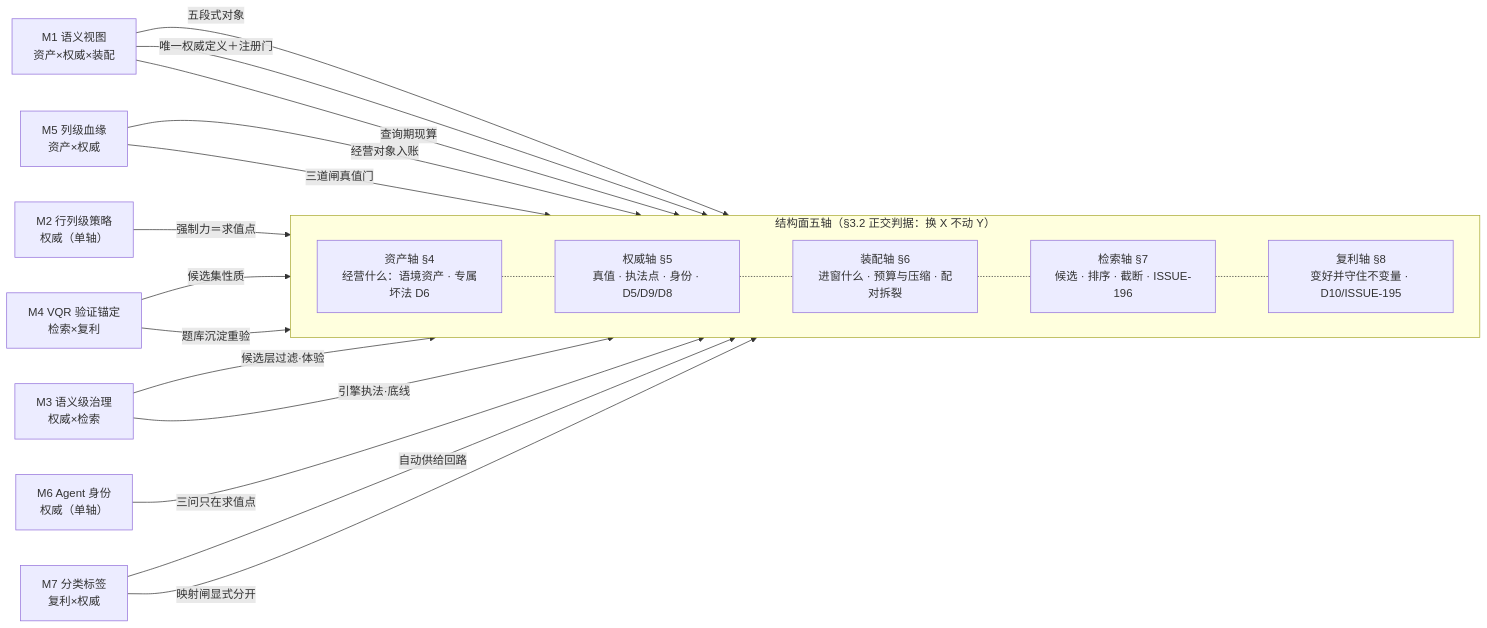
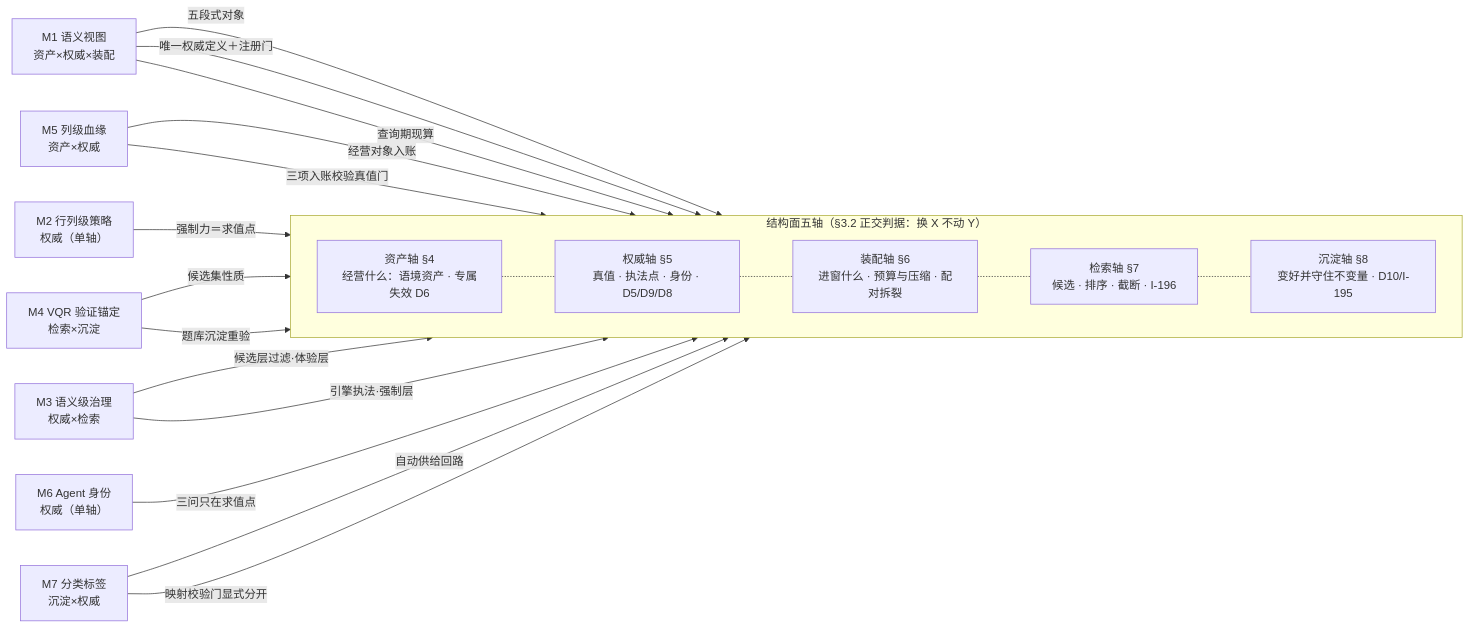
One commit to ThreeFish-AI/negentropy changed the diagram in docs/assets/mermaid/cognitive-context/context-layer-blueprint--layer-mechanism-map.mmd. Above: the diagram before and after it, drawn with Mermaid. The commit also changed 476 other files, not shown here.

First line of the commit message:
docs+feat: 013 蓝图去比喻整改 + Context Layer 第 2 集零类比重制（edge 草渲 26:57） (#1195)

```diff
--- a/docs/assets/mermaid/cognitive-context/context-layer-blueprint--layer-mechanism-map.mmd
+++ b/docs/assets/mermaid/cognitive-context/context-layer-blueprint--layer-mechanism-map.mmd
@@ -1,37 +1,37 @@
-%%source: docs/research/cognitive-context/013-context-layer-blueprint.md §3.3 机制＝接缝组合（M1–M7 轴向量矩阵：五轴为列、机制挂接缝）
+%%source: docs/research/cognitive-context/013-context-layer-blueprint.md §3.3 机制＝多轴组合（M1–M7 轴向量矩阵：五轴为列、机制跨轴组合）
 %%slug: cognitive-context/context-layer-blueprint--layer-mechanism-map
 %%type: architecture
-%%derived: archify architecture v2, authored fresh（v1 五层×机制-实例对退役；新构型＝结构面五轴主链＋M1–M7 按轴向量挂接缝，M2/M6 单轴全落权威，无全轴机制、无落不进轴的机制）
+%%derived: archify architecture v2, authored fresh（v1 五层×机制-实例对退役；新构型＝结构面五轴主链＋M1–M7 按轴向量跨轴组合，M2/M6 单轴全落权威，无全轴机制、无落不进轴的机制）
 flowchart LR
     subgraph SPINE["结构面五轴（§3.2 正交判据：换 X 不动 Y）"]
         direction LR
-        A1["资产轴 §4<br/>经营什么：语境资产 · 专属坏法 D6"]
+        A1["资产轴 §4<br/>经营什么：语境资产 · 专属失效 D6"]
         A2["权威轴 §5<br/>真值 · 执法点 · 身份 · D5/D9/D8"]
         A3["装配轴 §6<br/>进窗什么 · 预算与压缩 · 配对拆裂"]
-        A4["检索轴 §7<br/>候选 · 排序 · 截断 · ISSUE-196"]
-        A5["复利轴 §8<br/>变好并守住不变量 · D10/ISSUE-195"]
+        A4["检索轴 §7<br/>候选 · 排序 · 截断 · I-196"]
+        A5["沉淀轴 §8<br/>变好并守住不变量 · D10/I-195"]
     end
     M1["M1 语义视图<br/>资产×权威×装配"]
     M5["M5 列级血缘<br/>资产×权威"]
     M2["M2 行列级策略<br/>权威（单轴）"]
-    M4["M4 VQR 验证锚定<br/>检索×复利"]
+    M4["M4 VQR 验证锚定<br/>检索×沉淀"]
     M3["M3 语义级治理<br/>权威×检索"]
     M6["M6 Agent 身份<br/>权威（单轴）"]
-    M7["M7 分类标签<br/>复利×权威"]
+    M7["M7 分类标签<br/>沉淀×权威"]
     A1 -.- A2
     A2 -.- A3
     A3 -.- A4
     A4 -.- A5
     M1 -->|五段式对象| A1
     M1 -->|唯一权威定义＋注册门| A2
     M1 -->|查询期现算| A3
     M5 -->|经营对象入账| A1
-    M5 -->|三道闸真值门| A2
+    M5 -->|三项入账校验真值门| A2
     M2 -->|强制力＝求值点| A2
     M4 -->|候选集性质| A4
     M4 -->|题库沉淀重验| A5
-    M3 -->|候选层过滤·体验| A4
-    M3 -->|引擎执法·底线| A2
+    M3 -->|候选层过滤·体验层| A4
+    M3 -->|引擎执法·强制层| A2
     M6 -->|三问只在求值点| A2
     M7 -->|自动供给回路| A5
-    M7 -->|映射闸显式分开| A2
+    M7 -->|映射校验门显式分开| A2
```
